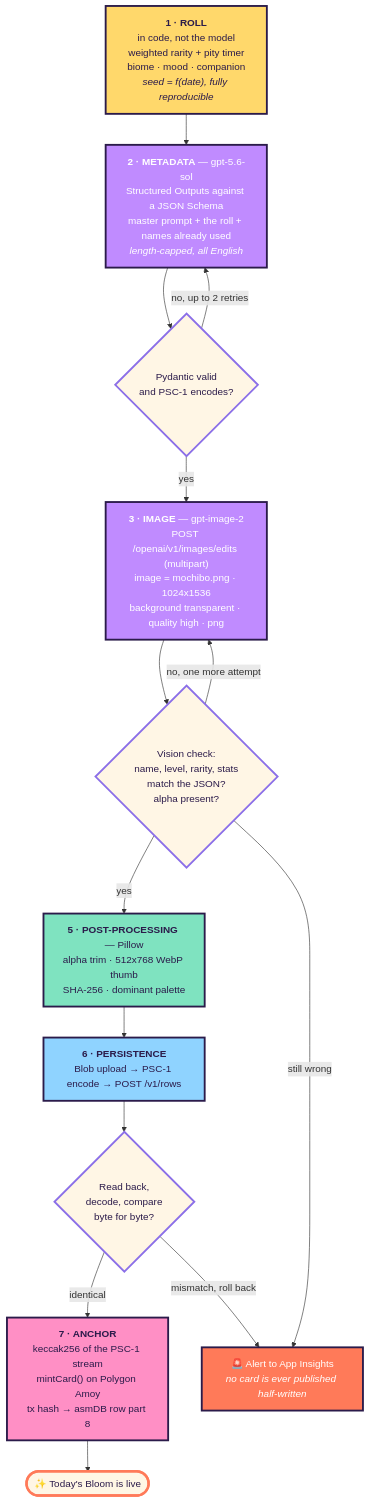
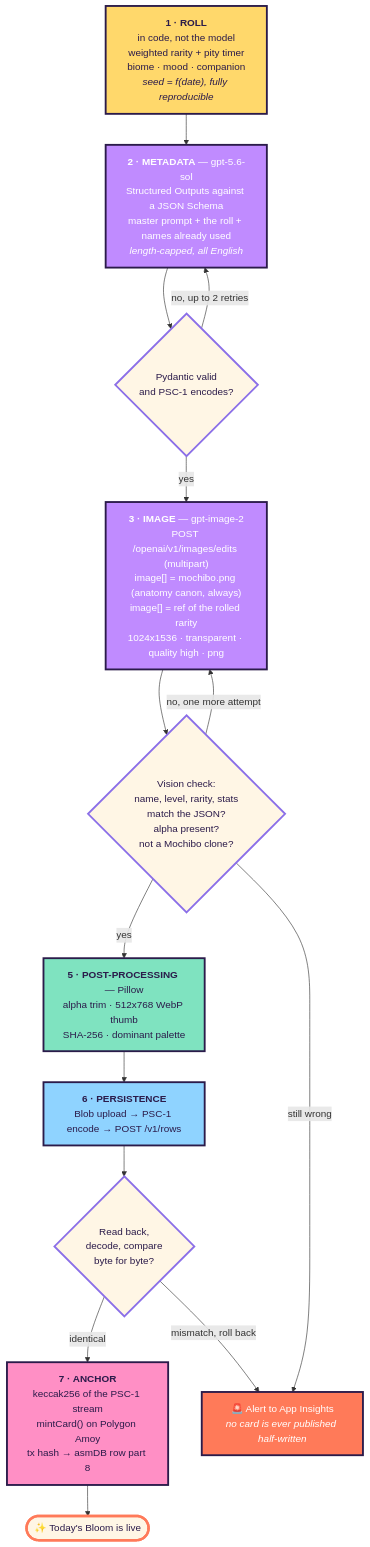
Before and after one commit to fredgis/pixelslime: the second of 4 diagrams in docs/PLAN.md, drawn with Mermaid. The commit also changed other lines of this file, not shown here.

First line of the commit message:
docs: pin the card anatomy to mochibo.png on every generation

````diff
--- a/docs/PLAN.md
+++ b/docs/PLAN.md
@@ -520,44 +521,44 @@
 ```mermaid
 flowchart TD
     R["<b>1 · ROLL</b><br/>in code, not the model<br/>weighted rarity + pity timer<br/>biome · mood · companion<br/><i>seed = f(date), fully reproducible</i>"]
     M["<b>2 · METADATA</b> — gpt-5.6-sol<br/>Structured Outputs against a JSON Schema<br/>master prompt + the roll + names already used<br/><i>length-capped, all English</i>"]
     V1{"Pydantic valid<br/>and PSC-1 encodes?"}
-    I["<b>3 · IMAGE</b> — gpt-image-2<br/>POST /openai/v1/images/edits (multipart)<br/>image = mochibo.png · 1024x1536<br/>background transparent · quality high · png"]
-    V2{"Vision check:<br/>name, level, rarity, stats<br/>match the JSON?<br/>alpha present?"}
+    I["<b>3 · IMAGE</b> — gpt-image-2<br/>POST /openai/v1/images/edits (multipart)<br/>image[] = mochibo.png (anatomy canon, always)<br/>image[] = ref of the rolled rarity<br/>1024x1536 · transparent · quality high · png"]
+    V2{"Vision check:<br/>name, level, rarity, stats<br/>match the JSON?<br/>alpha present?<br/>not a Mochibo clone?"}
     P["<b>5 · POST-PROCESSING</b> — Pillow<br/>alpha trim · 512x768 WebP thumb<br/>SHA-256 · dominant palette"]
     S["<b>6 · PERSISTENCE</b><br/>Blob upload → PSC-1 encode → POST /v1/rows"]
     RB{"Read back,<br/>decode, compare<br/>byte for byte?"}
     C["<b>7 · ANCHOR</b><br/>keccak256 of the PSC-1 stream<br/>mintCard() on Polygon Amoy<br/>tx hash → asmDB row part 8"]
     OK(["✨ Today's Bloom is live"])
     ALERT["🚨 Alert to App Insights<br/><i>no card is ever published half-written</i>"]
 
     R --> M --> V1
     V1 -->|yes| I
     V1 -->|no, up to 2 retries| M
     I --> V2
     V2 -->|yes| P
     V2 -->|no, one more attempt| I
     V2 -->|still wrong| ALERT
     P --> S --> RB
     RB -->|identical| C
     RB -->|mismatch, roll back| ALERT
     C --> OK
 
     classDef code fill:#FFD86B,stroke:#2B1B4A,stroke-width:3px,color:#2B1B4A
     classDef mdl  fill:#C08BFF,stroke:#2B1B4A,stroke-width:3px,color:#FFFFFF
     classDef gate fill:#FFF6E5,stroke:#8B6FE8,stroke-width:3px,color:#2B1B4A
     classDef proc fill:#7FE3C0,stroke:#2B1B4A,stroke-width:3px,color:#2B1B4A
     classDef data fill:#8FD3FF,stroke:#2B1B4A,stroke-width:3px,color:#2B1B4A
     classDef chn  fill:#FF8FC5,stroke:#2B1B4A,stroke-width:3px,color:#2B1B4A
     classDef bad  fill:#FF7A59,stroke:#2B1B4A,stroke-width:3px,color:#FFFFFF
     classDef good fill:#FFF6E5,stroke:#FF7A59,stroke-width:4px,color:#2B1B4A
 
     class R code
     class M,I mdl
     class V1,V2,RB gate
     class P proc
     class S data
     class C chn
     class ALERT bad
     class OK good
 ```
````
